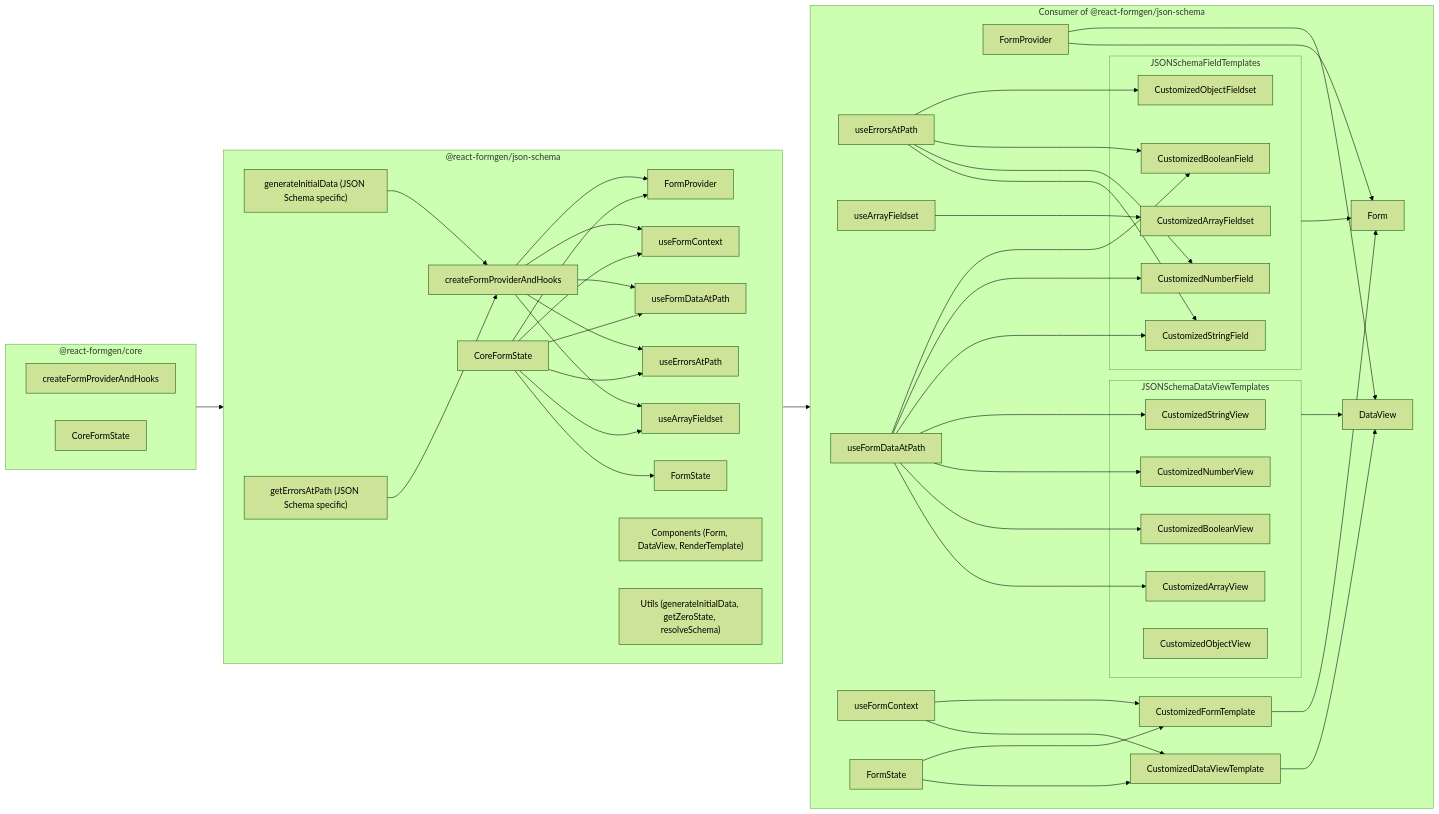
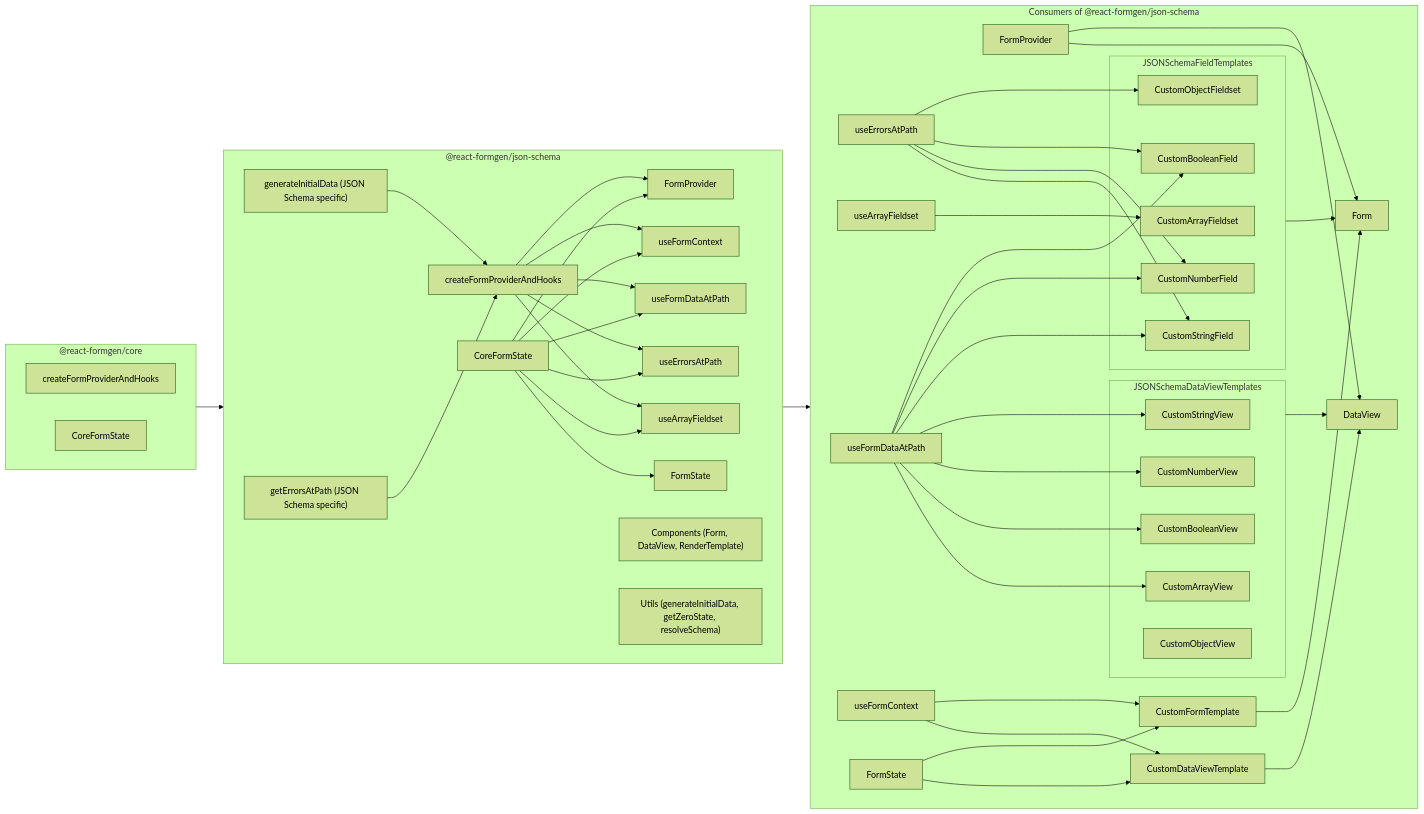
The diagram in README.md (m6io/react-formgen), drawn with Mermaid (forest theme) before and after one commit. The commit also changed other lines of this file and 8 other files, not shown here.

```diff
--- a/README.md
+++ b/README.md
@@ -55,7 +57,7 @@
         JSONSchemaCoreState --> JSONSchemaArrayFieldset
     end
 
-    subgraph JSONSchemaConsumers["Consumer of @react-formgen/json-schema"]
+    subgraph JSONSchemaConsumers["Consumers of @react-formgen/json-schema"]
 	    direction LR
         ConsumerErrorsAtPath["useErrorsAtPath"]
         ConsumerArrayFieldset["useArrayFieldset"]
@@ -65,23 +67,23 @@
         ConsumerProvider["FormProvider"]
 
         subgraph JSONSchemaDataViewTemplates["JSONSchemaDataViewTemplates"]
-			StringView["CustomizedStringView"]
-            NumberView["CustomizedNumberView"]
-            BooleanView["CustomizedBooleanView"]
-            ArrayView["CustomizedArrayView"]
-            ObjectView["CustomizedObjectView"]
+			StringView["CustomStringView"]
+            NumberView["CustomNumberView"]
+            BooleanView["CustomBooleanView"]
+            ArrayView["CustomArrayView"]
+            ObjectView["CustomObjectView"]
 		end
 
 		subgraph JSONSchemaFieldTemplates["JSONSchemaFieldTemplates"]
-			ArrayFieldset["CustomizedArrayFieldset"]
-			ObjectFieldset["CustomizedObjectFieldset"]
-			BooleanField["CustomizedBooleanField"]
-			NumberField["CustomizedNumberField"]
-			StringField["CustomizedStringField"]
+			ArrayFieldset["CustomArrayFieldset"]
+			ObjectFieldset["CustomObjectFieldset"]
+			BooleanField["CustomBooleanField"]
+			NumberField["CustomNumberField"]
+			StringField["CustomStringField"]
         end
 
-        FormTemplate["CustomizedFormTemplate"]
-        DataViewTemplate["CustomizedDataViewTemplate"]
+        FormTemplate["CustomFormTemplate"]
+        DataViewTemplate["CustomDataViewTemplate"]
         DataView["DataView"]
         Form["Form"]
 
```
